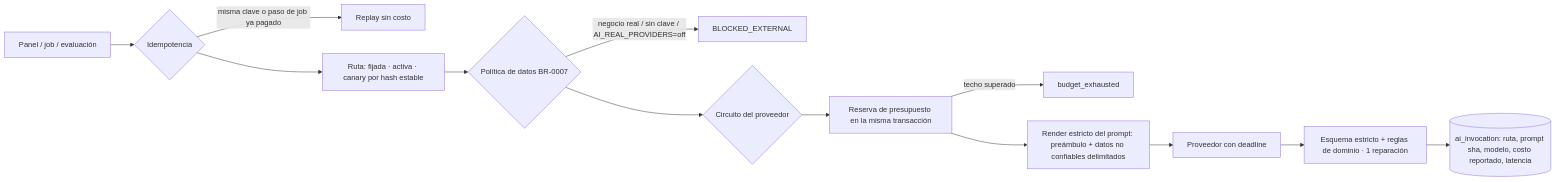
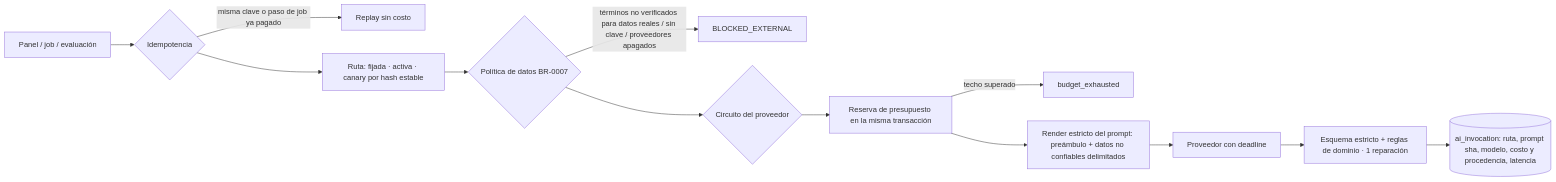
One commit to hachxaan/mainspot-platform changed the diagram in docs/architecture/ai-core.md. Above: the diagram before and after it, drawn with Mermaid. The commit also changed other lines of this file and 81 other files, not shown here.

````diff
--- a/docs/architecture/ai-core.md
+++ b/docs/architecture/ai-core.md
@@ -9,15 +11,15 @@
 ```mermaid
 flowchart LR
   A[Panel / job / evaluación] --> B{Idempotencia}
   B -- misma clave o paso de job ya pagado --> R[Replay sin costo]
   B --> C[Ruta: fijada · activa · canary por hash estable]
   C --> D{Política de datos BR-0007}
-  D -- negocio real / sin clave / AI_REAL_PROVIDERS=off --> X[BLOCKED_EXTERNAL]
+  D -- términos no verificados para datos reales / sin clave / proveedores apagados --> X[BLOCKED_EXTERNAL]
   D --> E{Circuito del proveedor}
   E --> F[Reserva de presupuesto en la misma transacción]
   F -- techo superado --> Y[budget_exhausted]
   F --> G[Render estricto del prompt: preámbulo + datos no confiables delimitados]
   G --> H[Proveedor con deadline]
   H --> I[Esquema estricto + reglas de dominio · 1 reparación]
-  I --> J[(ai_invocation: ruta, prompt sha, modelo, costo reportado, latencia)]
+  I --> J[(ai_invocation: ruta, prompt sha, modelo, costo y procedencia, latencia)]
 ```
````
